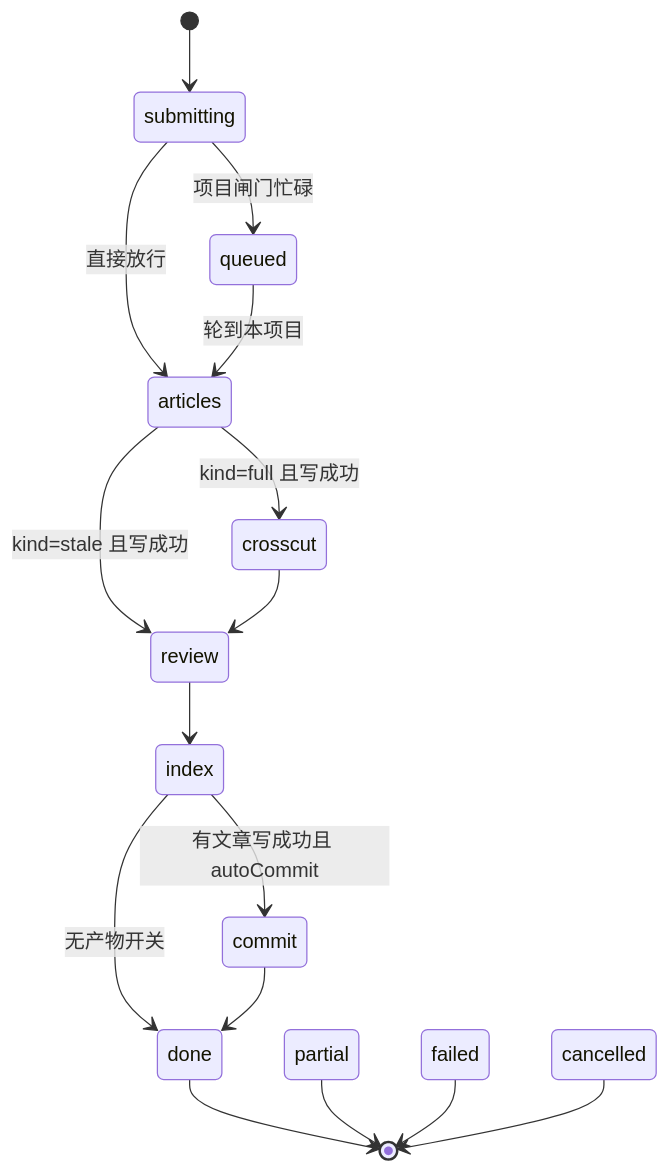
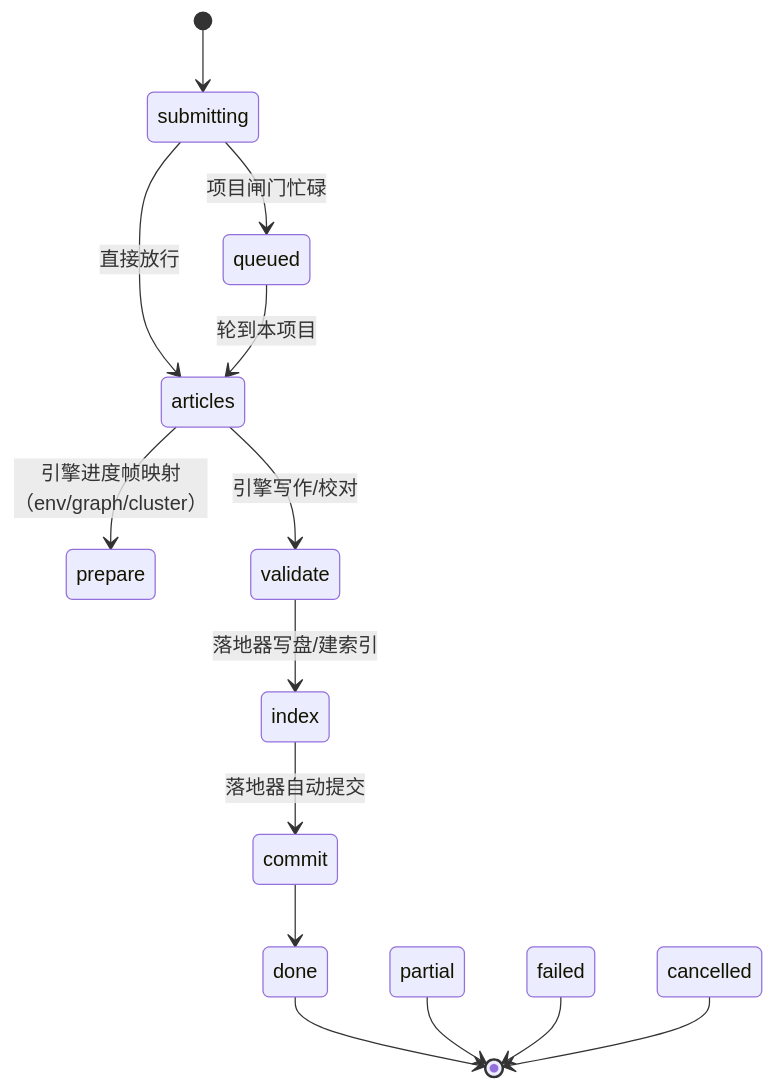
Before and after one commit to ikliml666/dsh-codewiki: the second of 6 diagrams in .codewiki/_techdocs/docs/Job_Orchestration.md, drawn with Mermaid. The commit also changed other lines of this file and 70 other files, not shown here.

````diff
--- a/.codewiki/_techdocs/docs/Job_Orchestration.md
+++ b/.codewiki/_techdocs/docs/Job_Orchestration.md
@@ -63,18 +64,16 @@
 ```mermaid
 stateDiagram-v2
   [*] --> submitting
   submitting --> queued: 项目闸门忙碌
   submitting --> articles: 直接放行
   queued --> articles: 轮到本项目
-  articles --> crosscut: kind=full 且写成功
-  articles --> review: kind=stale 且写成功
-  crosscut --> review
-  review --> index
-  index --> commit: 有文章写成功且 autoCommit
-  index --> done: 无产物开关
+  articles --> prepare: 引擎进度帧映射<br/>（env/graph/cluster）
+  articles --> validate: 引擎写作/校对
+  validate --> index: 落地器写盘/建索引
+  index --> commit: 落地器自动提交
   commit --> done
   done --> [*]
   partial --> [*]
   failed --> [*]
   cancelled --> [*]
 ```
````
